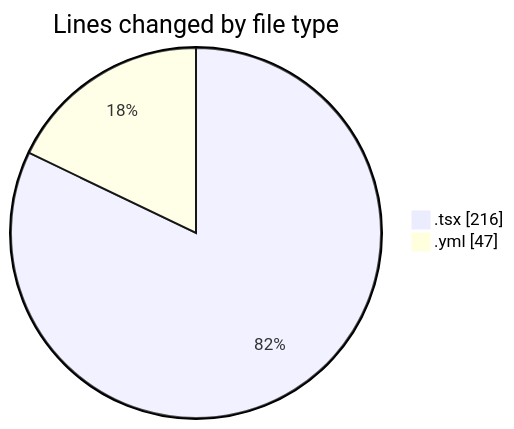
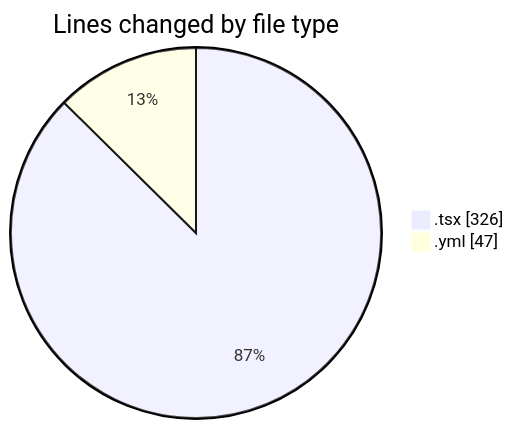
The first of 2 diagrams in 2025-02-05/mbc-web/README.md (robertbonfada/code-tracking), drawn with Mermaid before and after one commit. The commit also changed other lines of this file and 1 other file, not shown here.

````diff
--- a/2025-02-05/mbc-web/README.md
+++ b/2025-02-05/mbc-web/README.md
@@ -23,6 +24,6 @@
 ```mermaid
 pie showData
 title Lines changed by file type
-".tsx" : 216
+".tsx" : 326
 ".yml" : 47
 ```
````
